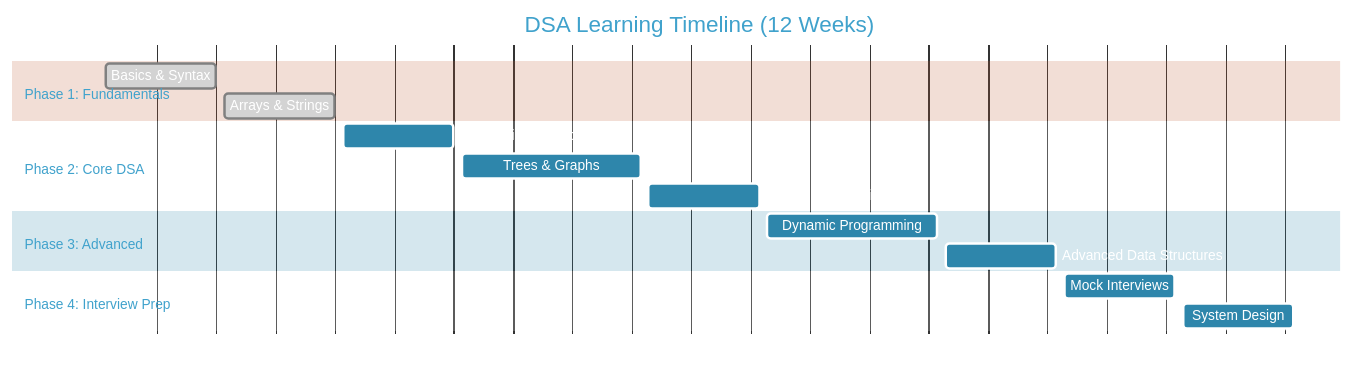
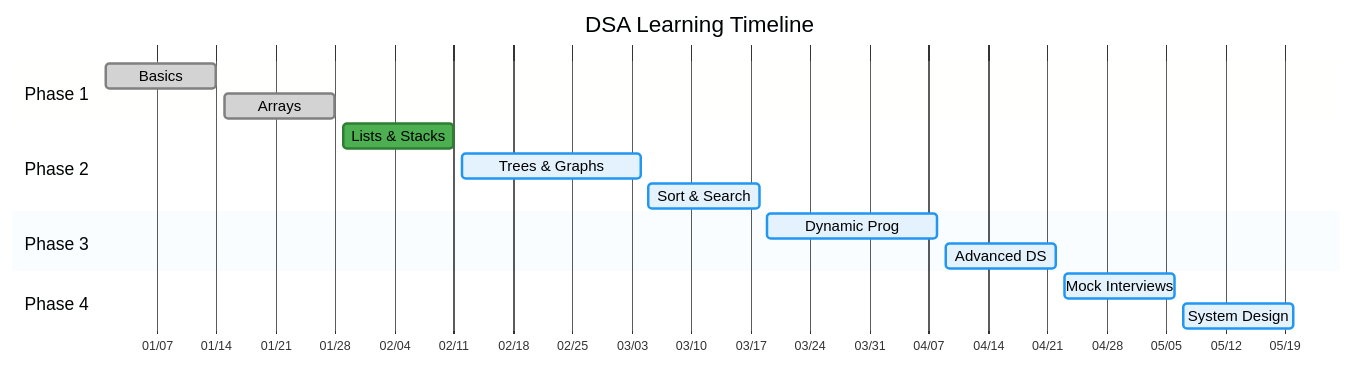
Before and after one commit to AbhishekGiri04/CodeVault: the third of 6 diagrams in references/learning-resources.md, drawn with Mermaid. The commit also changed other lines of this file, not shown here.

Commit message:
Shorten timeline text and reduce font size for better box visibility

````diff
--- a/references/learning-resources.md
+++ b/references/learning-resources.md
@@ -235,25 +235,25 @@
 ```mermaid
 gantt
-    title DSA Learning Timeline (12 Weeks)
+    title DSA Learning Timeline
     dateFormat  YYYY-MM-DD
     axisFormat %m/%d
     
-    section Phase 1: Fundamentals
-    Basics & Syntax           :done, basics, 2024-01-01, 2024-01-14
-    Arrays & Strings          :done, arrays, 2024-01-15, 2024-01-28
+    section Phase 1
+    Basics           :done, basics, 2024-01-01, 2024-01-14
+    Arrays           :done, arrays, 2024-01-15, 2024-01-28
     
-    section Phase 2: Core DSA
-    Linked Lists & Stacks     :active, lists, 2024-01-29, 2024-02-11
-    Trees & Graphs            :trees, 2024-02-12, 2024-03-04
-    Sorting & Searching       :sorting, 2024-03-05, 2024-03-18
+    section Phase 2
+    Lists & Stacks   :active, lists, 2024-01-29, 2024-02-11
+    Trees & Graphs   :trees, 2024-02-12, 2024-03-04
+    Sort & Search    :sorting, 2024-03-05, 2024-03-18
     
-    section Phase 3: Advanced
-    Dynamic Programming       :dp, 2024-03-19, 2024-04-08
-    Advanced Data Structures  :advanced, 2024-04-09, 2024-04-22
+    section Phase 3
+    Dynamic Prog     :dp, 2024-03-19, 2024-04-08
+    Advanced DS      :advanced, 2024-04-09, 2024-04-22
     
-    section Phase 4: Interview Prep
-    Mock Interviews           :interviews, 2024-04-23, 2024-05-06
-    System Design            :system, 2024-05-07, 2024-05-20
+    section Phase 4
+    Mock Interviews  :interviews, 2024-04-23, 2024-05-06
+    System Design    :system, 2024-05-07, 2024-05-20
 
-%%{init: {'theme':'base', 'themeVariables': {'primaryColor':'#2E86AB', 'primaryTextColor':'#ffffff', 'primaryBorderColor':'#ffffff', 'gridColor':'#E5E5E5', 'section0':'#2E86AB', 'section1':'#A23B72', 'section2':'#F18F01', 'section3':'#C73E1D', 'activeTaskBkgColor':'#2E86AB', 'activeTaskBorderColor':'#ffffff', 'gridColor':'#cccccc', 'altBackgroundColor':'#f9f9f9'}}}%%
+%%{init: {'gantt': {'fontSize': 12, 'fontFamily': 'Arial', 'sectionFontSize': 14, 'numberSectionStyles': 4}, 'theme':'base', 'themeVariables': {'primaryColor':'#e3f2fd', 'primaryTextColor':'#000000', 'primaryBorderColor':'#2196f3', 'gridColor':'#E5E5E5', 'section0':'#ffebee', 'section1':'#e8f5e8', 'section2':'#fff3e0', 'section3':'#f3e5f5', 'activeTaskBkgColor':'#4caf50', 'activeTaskBorderColor':'#2e7d32', 'gridColor':'#cccccc', 'altBackgroundColor':'#f9f9f9', 'taskBkgColor':'#e3f2fd', 'taskTextColor':'#000000', 'activeTaskTextColor':'#000000'}}}%%
 ```
````
